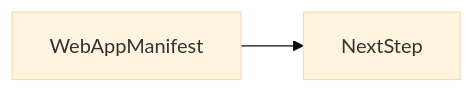
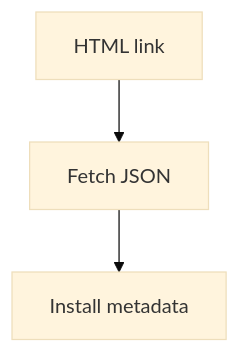
Before and after one commit to OmidJavaherii/Frontend-Engineering-Handbook: the second of 3 diagrams in docs/en/23-pwa-and-offline/web-app-manifest/index.md, drawn with Mermaid (base theme). The commit also changed other lines of this file and 461 other files, not shown here.

````diff
--- a/docs/en/23-pwa-and-offline/web-app-manifest/index.md
+++ b/docs/en/23-pwa-and-offline/web-app-manifest/index.md
@@ -94,4 +120,5 @@
 ```mermaid
-flowchart LR
-  concept[WebAppManifest] --> nextStep[NextStep]
+flowchart TD
+  n0[HTML link] --> n1[Fetch JSON]
+  n1[Fetch JSON] --> n2[Install metadata]
 ```
````
